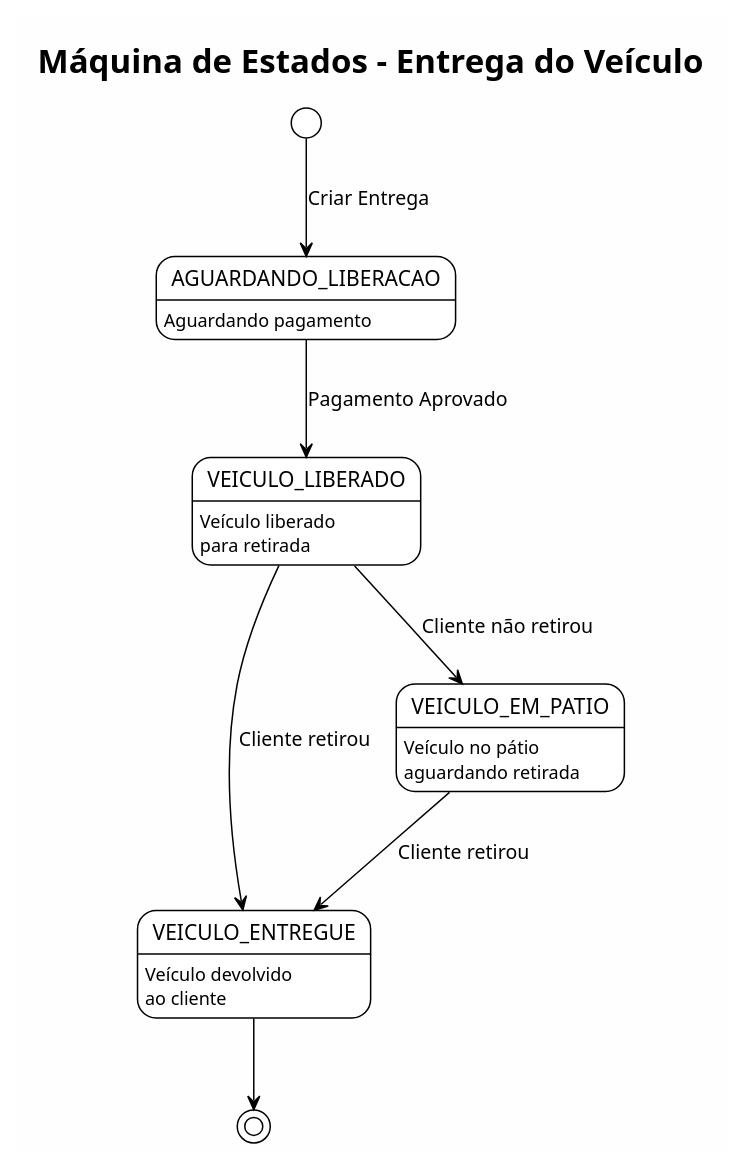
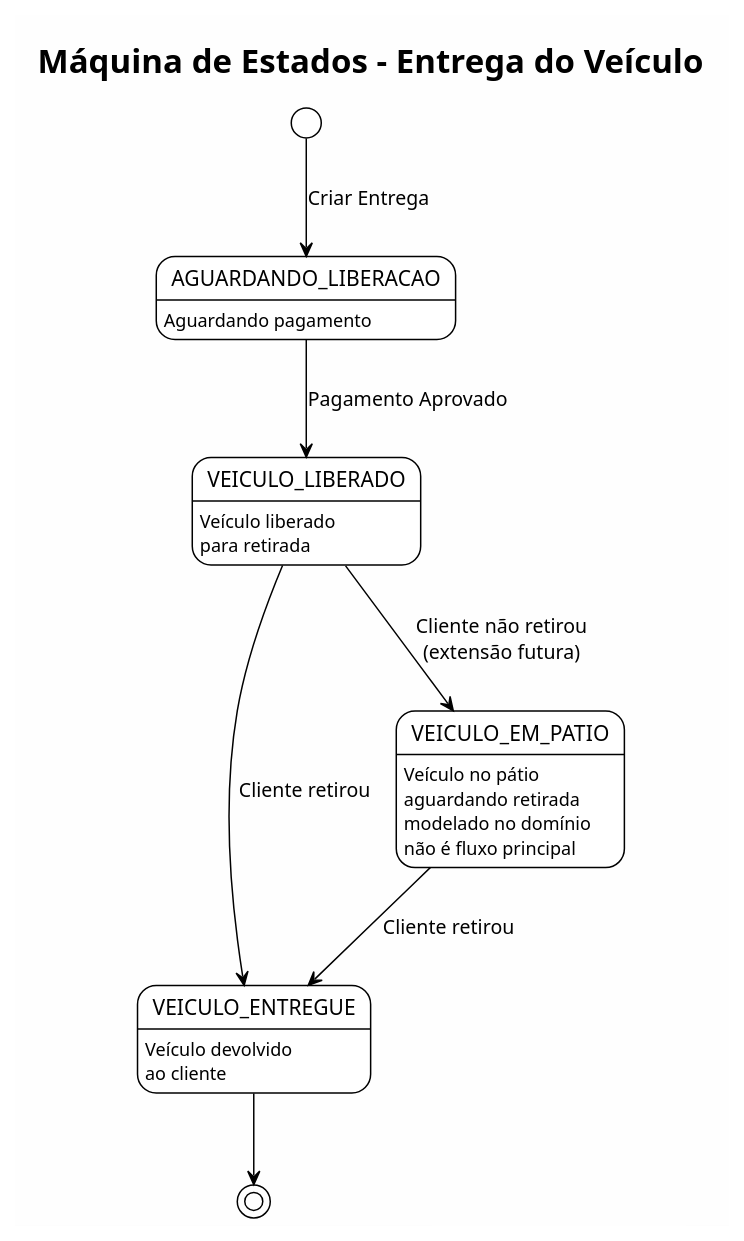
Before and after one commit to techdgconsulting/mvp-posfiap-oficina-mecanica: the second of 3 diagrams in docs/diagramas/state-machine-diagram-service-order.puml, drawn with PlantUML. The commit also changed other lines of this file and 606 other files, not shown here.

```diff
--- a/docs/diagramas/state-machine-diagram-service-order.puml
+++ b/docs/diagramas/state-machine-diagram-service-order.puml
@@ -51,29 +57,31 @@
 @startuml StatusEntrega
 !theme plain
 skinparam backgroundColor #FEFEFE
 
 title Máquina de Estados - Entrega do Veículo
 
 [*] --> AGUARDANDO_LIBERACAO : Criar Entrega
 
 AGUARDANDO_LIBERACAO --> VEICULO_LIBERADO : Pagamento Aprovado
 
 VEICULO_LIBERADO --> VEICULO_ENTREGUE : Cliente retirou
-VEICULO_LIBERADO --> VEICULO_EM_PATIO : Cliente não retirou
+VEICULO_LIBERADO --> VEICULO_EM_PATIO : Cliente não retirou\n(extensão futura)
 
 VEICULO_EM_PATIO --> VEICULO_ENTREGUE : Cliente retirou
 
 VEICULO_ENTREGUE --> [*]
 
 AGUARDANDO_LIBERACAO : Aguardando pagamento
 
 VEICULO_LIBERADO : Veículo liberado
 VEICULO_LIBERADO : para retirada
 
 VEICULO_EM_PATIO : Veículo no pátio
 VEICULO_EM_PATIO : aguardando retirada
+VEICULO_EM_PATIO : modelado no domínio
+VEICULO_EM_PATIO : não é fluxo principal
 
 VEICULO_ENTREGUE : Veículo devolvido
 VEICULO_ENTREGUE : ao cliente
 
 @enduml
```
